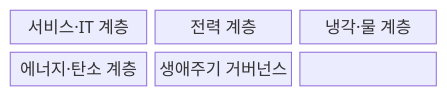
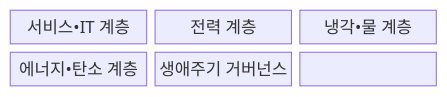
One commit to agnusdei1207/knowledge-base changed the first of 2 diagrams in src/content/docs/notes/08-latest-tech/197_green_data_center.md. Above: the diagram before and after it, drawn with Mermaid. The commit also changed other lines of this file and 953 other files, not shown here.

````diff
--- a/src/content/docs/notes/08-latest-tech/197_green_data_center.md
+++ b/src/content/docs/notes/08-latest-tech/197_green_data_center.md
@@ -71,11 +71,11 @@
 ```mermaid
 block-beta
   columns 3
-  N0["서비스·IT 계층"]
+  N0["서비스•IT 계층"]
   N1["전력 계층"]
-  N2["냉각·물 계층"]
-  N3["에너지·탄소 계층"]
+  N2["냉각•물 계층"]
+  N3["에너지•탄소 계층"]
   N4["생애주기 거버넌스"]
   N0 --- N1 --- N2
   N2 --- N3 --- N4
 ```
````
